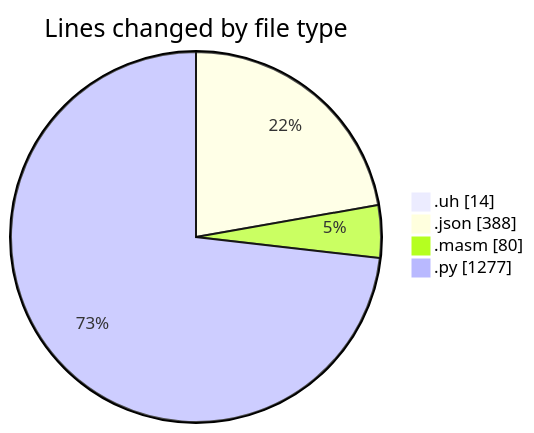
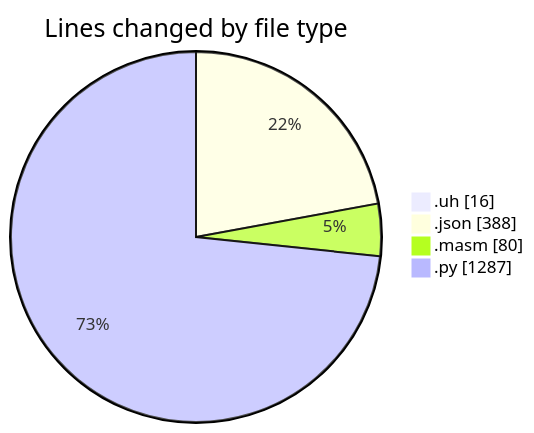
Before and after one commit to charlie-sans/code-tracking: the first of 2 diagrams in 2025-04-30/uhigh-lang/README.md, drawn with Mermaid. The commit also changed other lines of this file and 1 other file, not shown here.

````diff
--- a/2025-04-30/uhigh-lang/README.md
+++ b/2025-04-30/uhigh-lang/README.md
@@ -25,8 +25,8 @@
 ```mermaid
 pie showData
 title Lines changed by file type
-".uh" : 14
+".uh" : 16
 ".json" : 388
 ".masm" : 80
-".py" : 1277
+".py" : 1287
 ```
````
